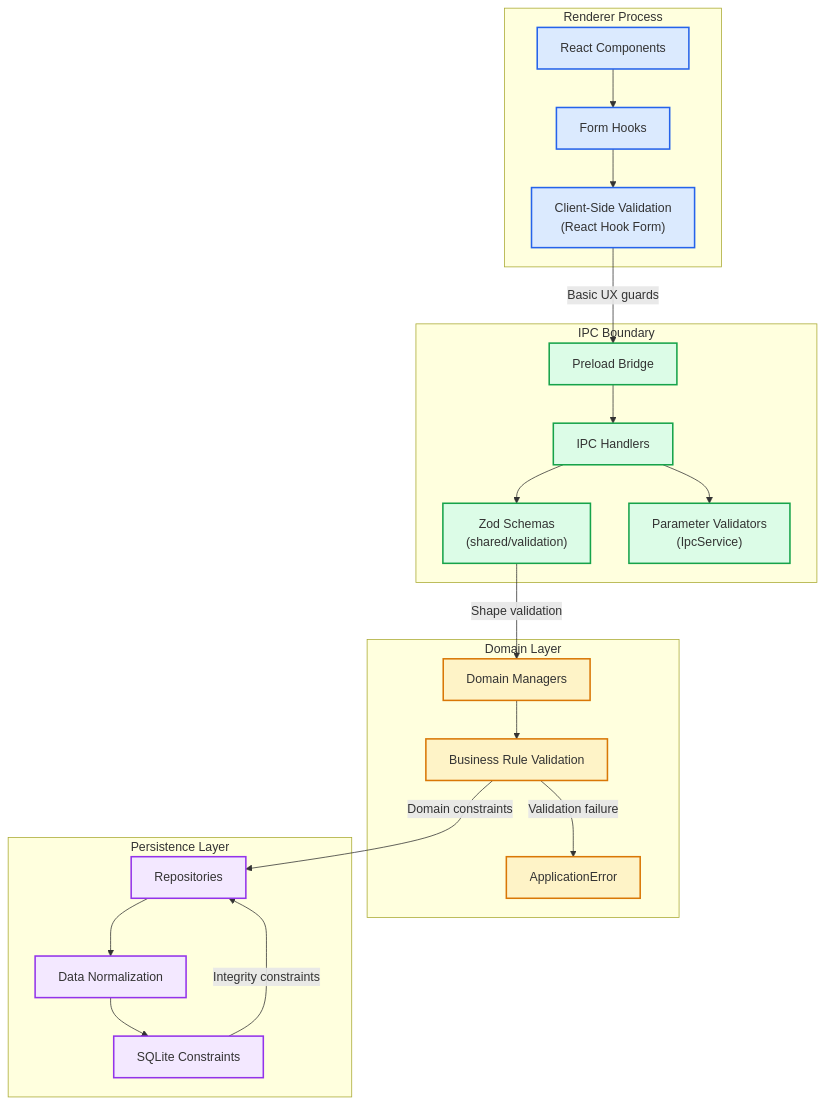
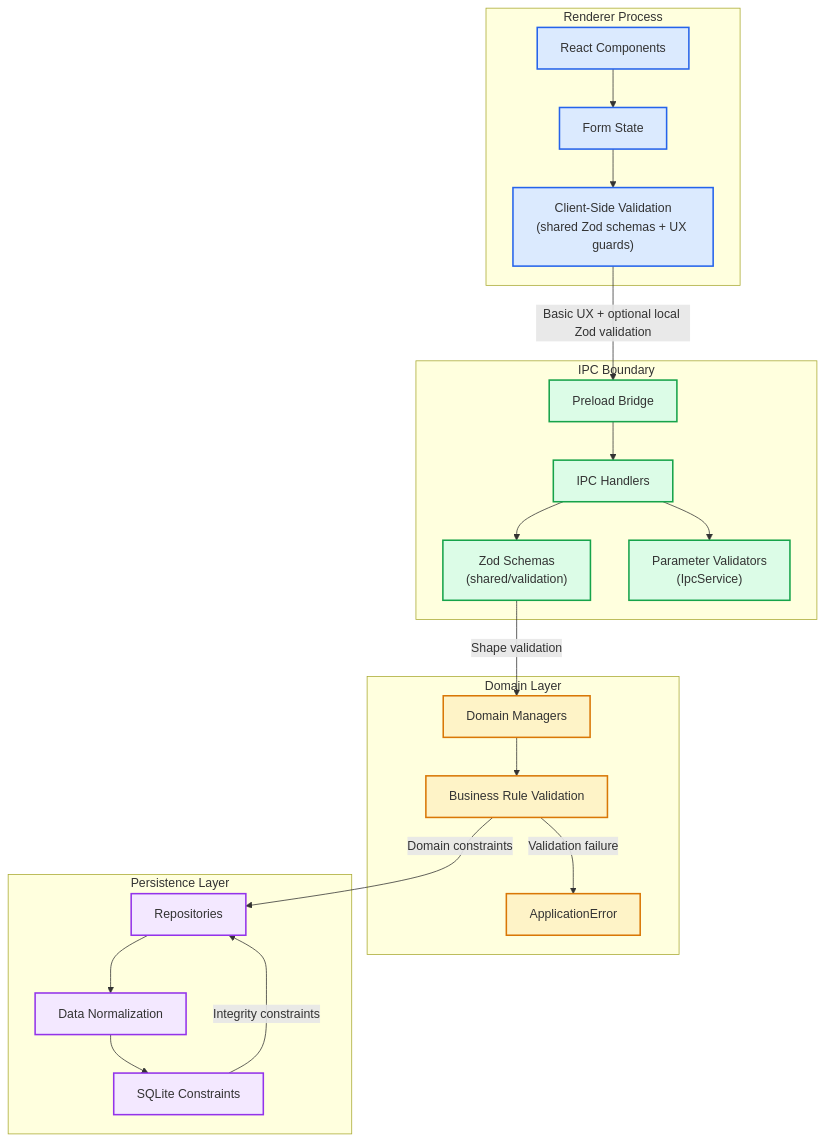
One commit to Nick2bad4u/Uptime-Watcher changed the first of 3 diagrams in docs/Architecture/ADRs/ADR_009_VALIDATION_STRATEGY.md. Above: the diagram before and after it, drawn with Mermaid. The commit also changed other lines of this file and 32 other files, not shown here.

````diff
--- a/docs/Architecture/ADRs/ADR_009_VALIDATION_STRATEGY.md
+++ b/docs/Architecture/ADRs/ADR_009_VALIDATION_STRATEGY.md
@@ -68,54 +68,54 @@
 ```mermaid
 graph TB
     subgraph "Renderer Process"
         UI["React Components"]
-        Forms["Form Hooks"]
-        ClientValidation["Client-Side Validation<br/>(React Hook Form)"]
+        Forms["Form State"]
+        ClientValidation["Client-Side Validation<br/>(shared Zod schemas + UX guards)"]
     end
 
     subgraph "IPC Boundary"
         Preload["Preload Bridge"]
         IpcHandlers["IPC Handlers"]
         ZodSchemas["Zod Schemas<br/>(shared/validation)"]
         ParamValidators["Parameter Validators<br/>(IpcService)"]
     end
 
     subgraph "Domain Layer"
         Managers["Domain Managers"]
         BusinessRules["Business Rule Validation"]
         AppError["ApplicationError"]
     end
 
     subgraph "Persistence Layer"
         Repositories["Repositories"]
         Normalization["Data Normalization"]
         SQLite["SQLite Constraints"]
     end
 
     UI --> Forms
     Forms --> ClientValidation
-    ClientValidation -->|"Basic UX guards"| Preload
+    ClientValidation -->|"Basic UX + optional local Zod validation"| Preload
 
     Preload --> IpcHandlers
     IpcHandlers --> ZodSchemas
     IpcHandlers --> ParamValidators
     ZodSchemas -->|"Shape validation"| Managers
 
     Managers --> BusinessRules
     BusinessRules -->|"Domain constraints"| Repositories
     BusinessRules -->|"Validation failure"| AppError
 
     Repositories --> Normalization
     Normalization --> SQLite
     SQLite -->|"Integrity constraints"| Repositories
 
     classDef renderer fill:#dbeafe,stroke:#2563eb,stroke-width:2px
     classDef ipc fill:#dcfce7,stroke:#16a34a,stroke-width:2px
     classDef domain fill:#fef3c7,stroke:#d97706,stroke-width:2px
     classDef persistence fill:#f3e8ff,stroke:#9333ea,stroke-width:2px
 
     class UI,Forms,ClientValidation renderer
     class Preload,IpcHandlers,ZodSchemas,ParamValidators ipc
     class Managers,BusinessRules,AppError domain
     class Repositories,Normalization,SQLite persistence
 ```
````
